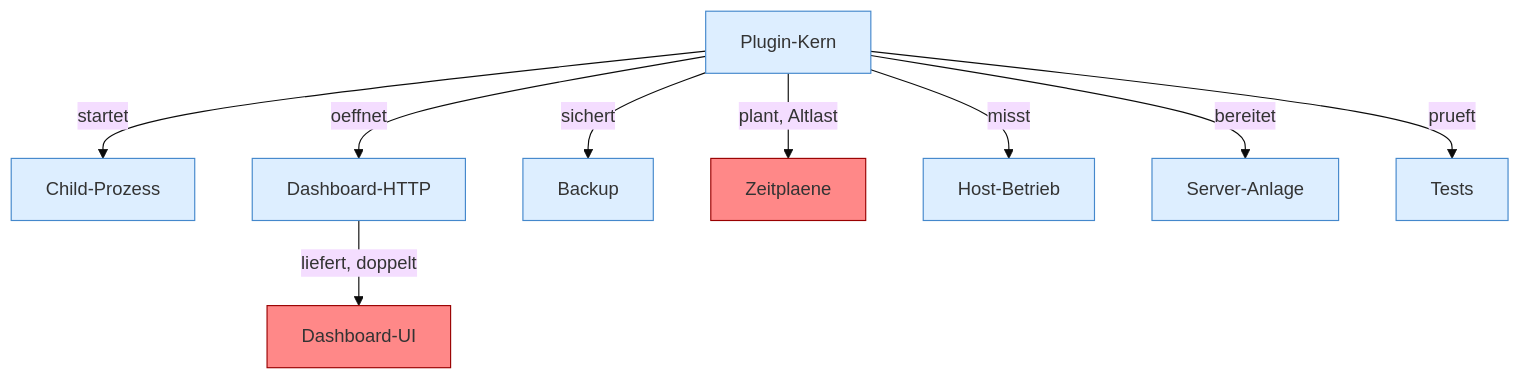
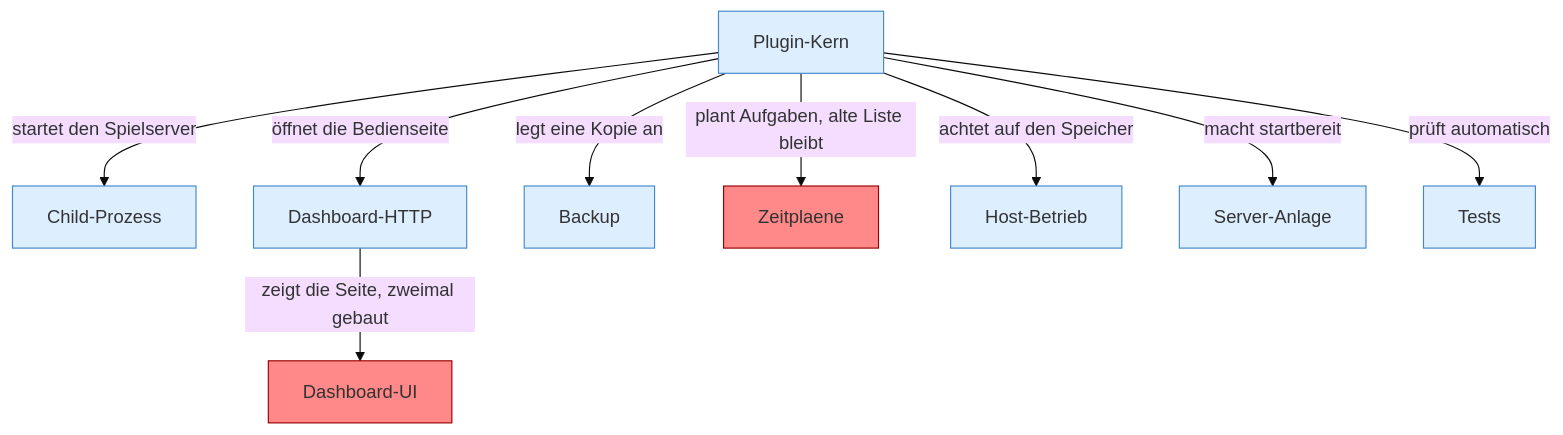
One commit to PrinceDiamant/minecraft-serverhoster-plugin changed the diagram in 00 Start.md. Above: the diagram before and after it, drawn with Mermaid (base theme). The commit also changed other lines of this file and 2005 other files, not shown here.

````diff
--- a/00 Start.md
+++ b/00 Start.md
@@ -5,24 +5,24 @@
 ```mermaid
 flowchart TD
   n1["Plugin-Kern"]:::internal-link
   n2["Child-Prozess"]:::internal-link
   n3["Dashboard-HTTP"]:::internal-link
   n4["Dashboard-UI"]:::internal-link
   n5["Backup"]:::internal-link
   n6["Zeitplaene"]:::internal-link
   n7["Host-Betrieb"]:::internal-link
   n8["Server-Anlage"]:::internal-link
   n9["Tests"]:::internal-link
-  n1 -->|"startet"| n2
-  n1 -->|"oeffnet"| n3
-  n3 -->|"liefert, doppelt"| n4
-  n1 -->|"sichert"| n5
-  n1 -->|"plant, Altlast"| n6
-  n1 -->|"misst"| n7
-  n1 -->|"bereitet"| n8
-  n1 -->|"prueft"| n9
+  n1 -->|"startet den Spielserver"| n2
+  n1 -->|"öffnet die Bedienseite"| n3
+  n3 -->|"zeigt die Seite, zweimal gebaut"| n4
+  n1 -->|"legt eine Kopie an"| n5
+  n1 -->|"plant Aufgaben, alte Liste bleibt"| n6
+  n1 -->|"achtet auf den Speicher"| n7
+  n1 -->|"macht startbereit"| n8
+  n1 -->|"prüft automatisch"| n9
   classDef internal-link fill:#ddeeff,stroke:#4488cc
   classDef befund fill:#f88
   style n4 fill:#f88,stroke:#900
   style n6 fill:#f88,stroke:#900
 ```
````
